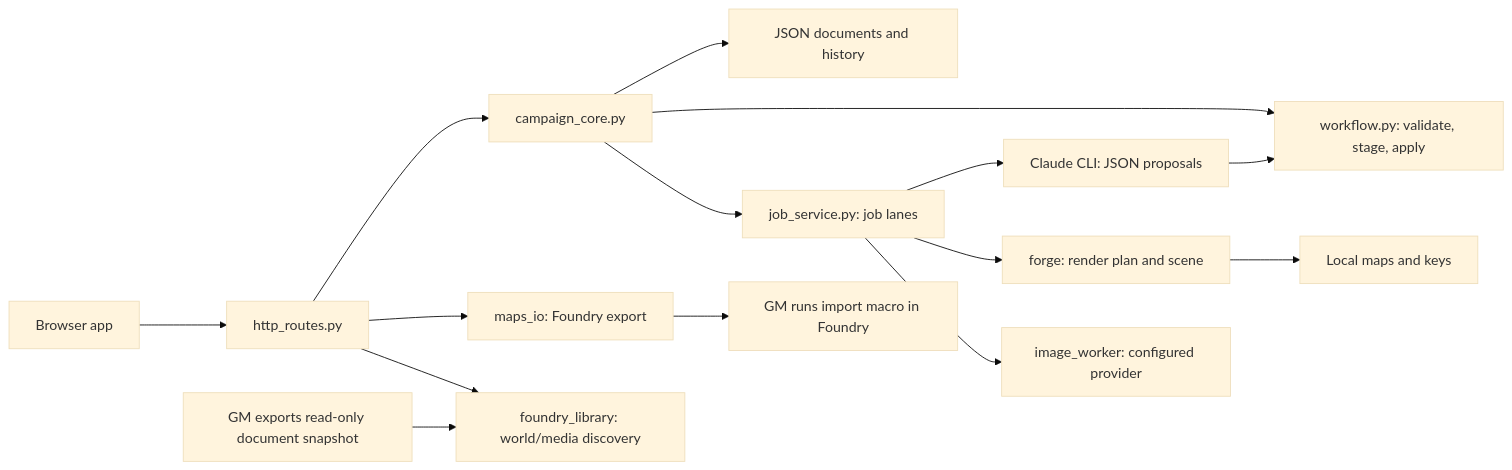
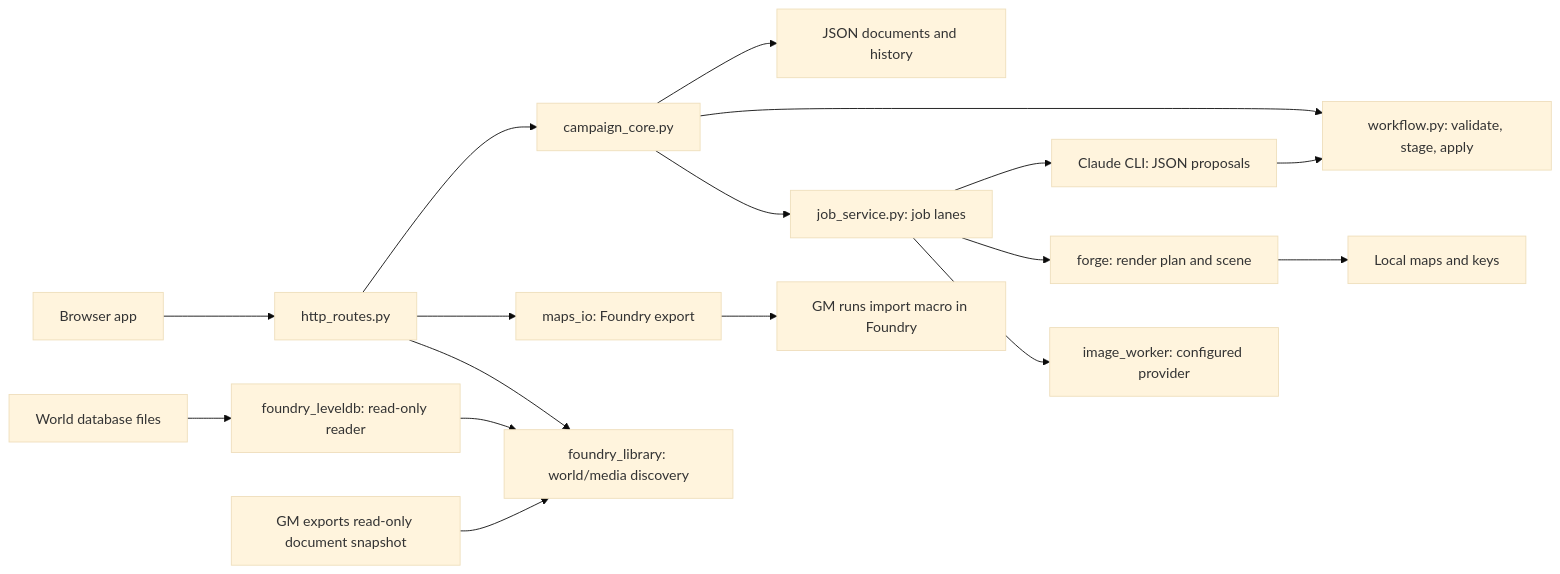
The diagram in docs/ARCHITECTURE.md (LimtlessLtd/campaign-studio), drawn with Mermaid (base theme) before and after one commit. The commit also changed other lines of this file and 15 other files, not shown here.

First line of the commit message:
Read world documents from the Foundry world folder (W16)

````diff
--- a/docs/ARCHITECTURE.md
+++ b/docs/ARCHITECTURE.md
@@ -6,17 +6,18 @@
 ```mermaid
 flowchart LR
   UI[Browser app] --> HTTP[http_routes.py]
   HTTP --> Core[campaign_core.py]
   Core --> Docs[JSON documents and history]
   Core --> WF[workflow.py: validate, stage, apply]
   Core --> Queue[job_service.py: job lanes]
   Queue --> AI[Claude CLI: JSON proposals]
   AI --> WF
   Queue --> Forge[forge: render plan and scene]
   Queue --> Art[image_worker: configured provider]
   Forge --> Maps[Local maps and keys]
   HTTP --> Export[maps_io: Foundry export]
   Export --> Macro[GM runs import macro in Foundry]
   HTTP --> Library[foundry_library: world/media discovery]
+  WorldFiles[World database files] --> LevelDB[foundry_leveldb: read-only reader] --> Library
   FoundrySnapshot[GM exports read-only document snapshot] --> Library
 ```
````
